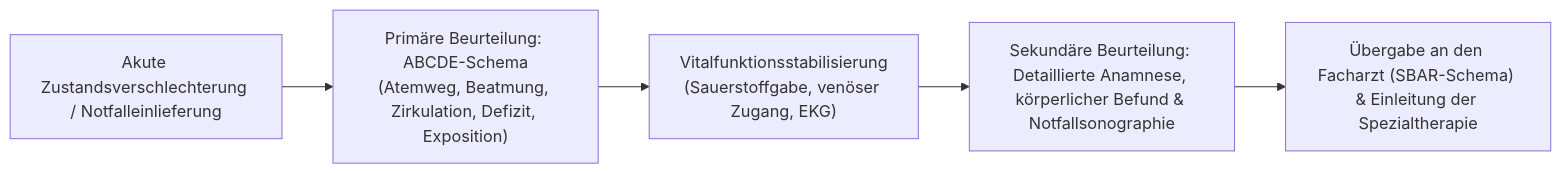
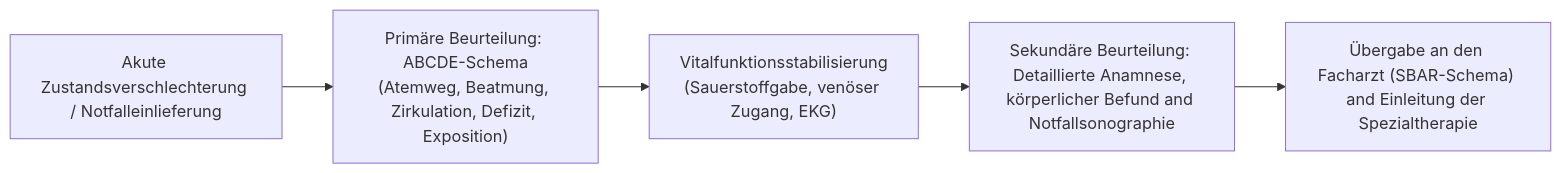
Before and after one commit to kenjinote/blog: the fourth of 7 diagrams in content/post/medical-doctor-education-qualifications-specialties/index.de.md, drawn with Mermaid. The commit also changed other lines of this file and 12 other files, not shown here.

Commit message:
fix(medical-doctor): resolve mermaid syntax error in subgraph and fix unrendered bold asterisks

````diff
--- a/content/post/medical-doctor-education-qualifications-specialties/index.de.md
+++ b/content/post/medical-doctor-education-qualifications-specialties/index.de.md
@@ -200,7 +200,7 @@
 ```mermaid
 flowchart LR
     A["Akute Zustandsverschlechterung / Notfalleinlieferung"] --> B["Primäre Beurteilung: ABCDE-Schema<br/>(Atemweg, Beatmung, Zirkulation, Defizit, Exposition)"]
     B --> C["Vitalfunktionsstabilisierung<br/>(Sauerstoffgabe, venöser Zugang, EKG)"]
-    C --> D["Sekundäre Beurteilung: Detaillierte Anamnese, körperlicher Befund & Notfallsonographie"]
-    D --> E["Übergabe an den Facharzt (SBAR-Schema) & Einleitung der Spezialtherapie"]
+    C --> D["Sekundäre Beurteilung: Detaillierte Anamnese, körperlicher Befund and Notfallsonographie"]
+    D --> E["Übergabe an den Facharzt (SBAR-Schema) and Einleitung der Spezialtherapie"]
 ```
````
